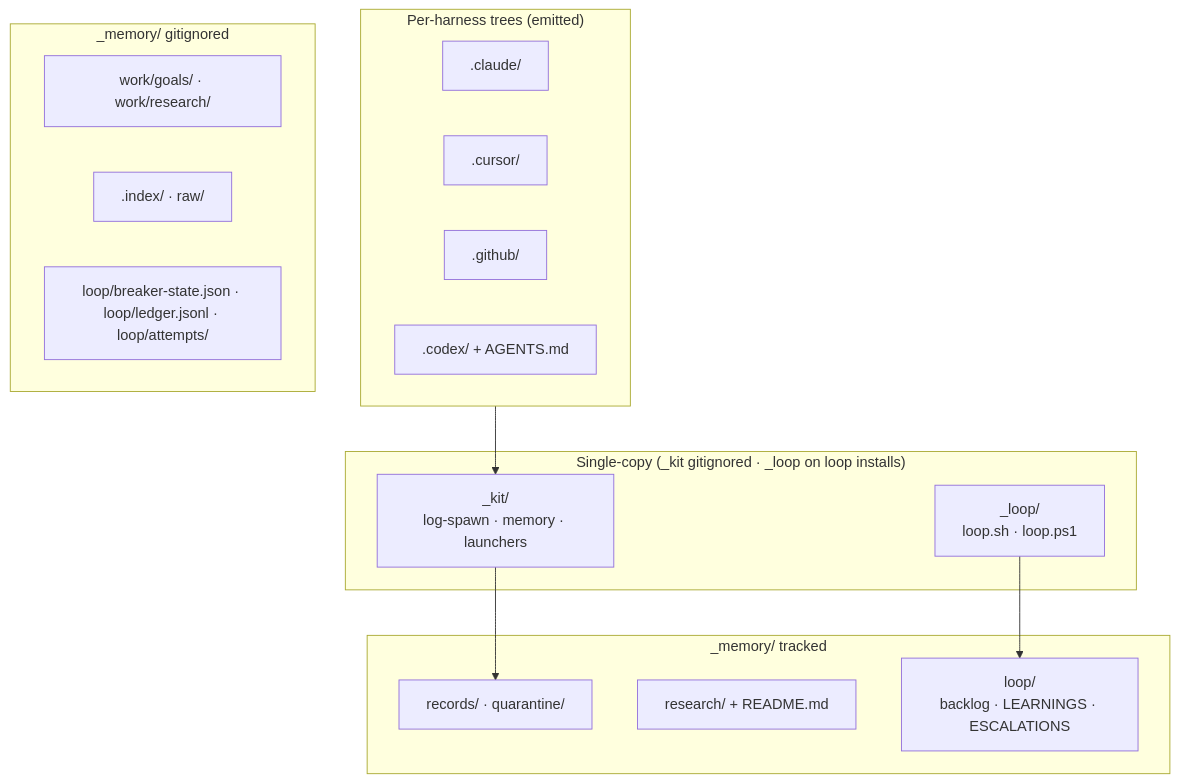
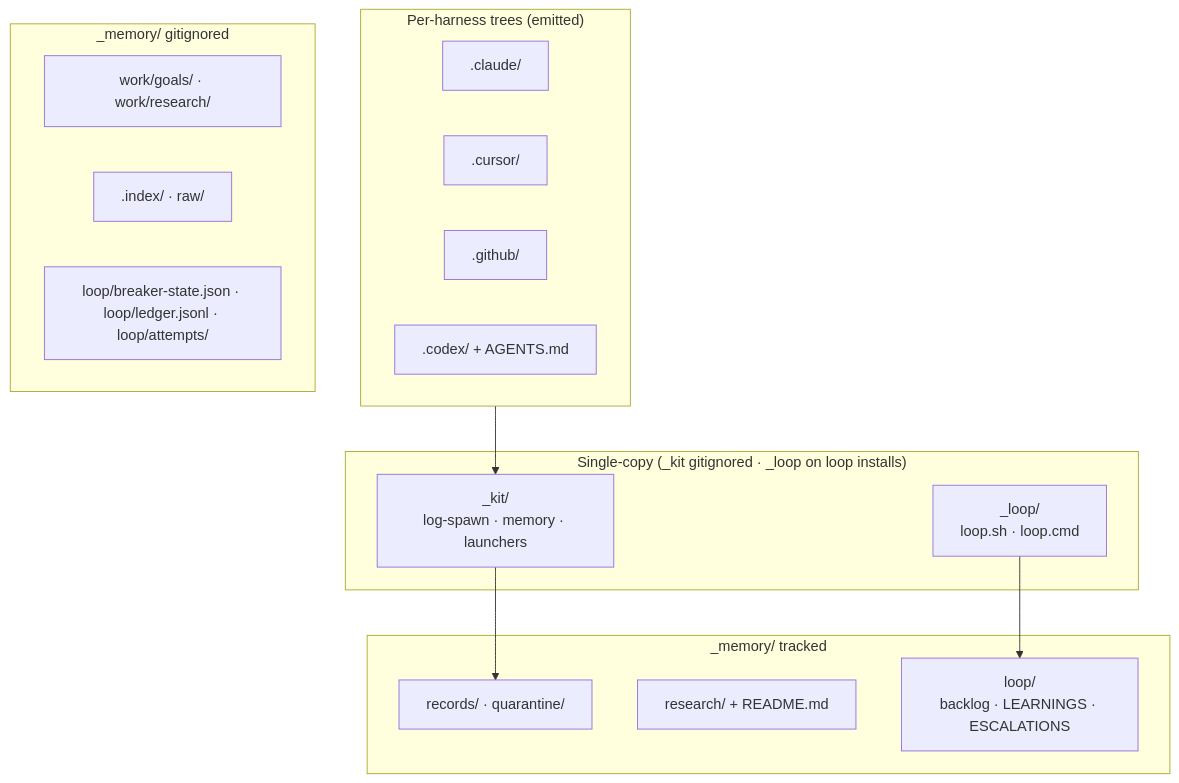
The fourth of 12 diagrams in docs/agent-kit/guide/architecture.md (kdcllc/skills), drawn with Mermaid before and after one commit. The commit also changed other lines of this file and 226 other files, not shown here.

````diff
--- a/docs/agent-kit/guide/architecture.md
+++ b/docs/agent-kit/guide/architecture.md
@@ -100,30 +100,30 @@
 ```mermaid
 flowchart TD
     subgraph harnessTrees ["Per-harness trees (emitted)"]
         Claude[".claude/"]
         Cursor[".cursor/"]
         GitHub[".github/"]
         Codex[".codex/ + AGENTS.md"]
     end
 
     subgraph singleCopy ["Single-copy (_kit gitignored · _loop on loop installs)"]
         Kit["_kit/\nlog-spawn · memory · launchers"]
-        Loop["_loop/\nloop.sh · loop.ps1"]
+        Loop["_loop/\nloop.sh · loop.cmd"]
     end
 
     subgraph memTracked ["_memory/ tracked"]
         Rec["records/ · quarantine/"]
         ResIdx["research/ + README.md"]
         LoopMem["loop/\nbacklog · LEARNINGS · ESCALATIONS"]
     end
 
     subgraph memIgnored ["_memory/ gitignored"]
         Work["work/goals/ · work/research/"]
         Derive[".index/ · raw/"]
         Brk["loop/breaker-state.json · loop/ledger.jsonl · loop/attempts/"]
     end
 
     harnessTrees --> Kit
     Loop --> LoopMem
     Kit --> Rec
 ```
````
